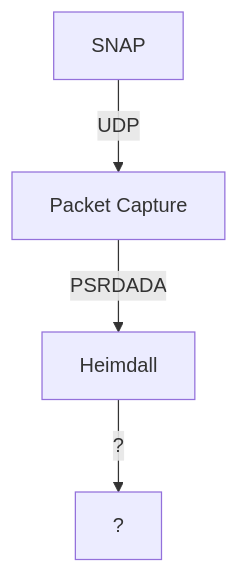
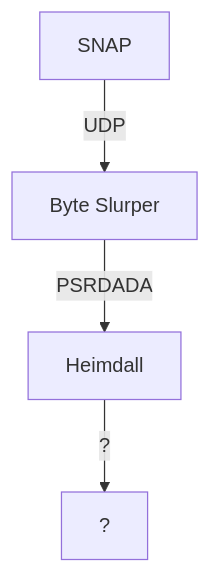
The diagram in docs/software/overview.md (courtneyjkeeler/grex-telescope.github.io), drawn with Mermaid before and after one commit. The commit also changed other lines of this file and 4 other files, not shown here.

````diff
--- a/docs/software/overview.md
+++ b/docs/software/overview.md
@@ -18,6 +18,6 @@
 ```mermaid
 flowchart TD
-    A[SNAP] -->|UDP| B[Packet Capture]
+    A[SNAP] -->|UDP| B[Byte Slurper]
     B -->|PSRDADA| C[Heimdall]
     C -->|"?"| D["?"]
 ```
````
